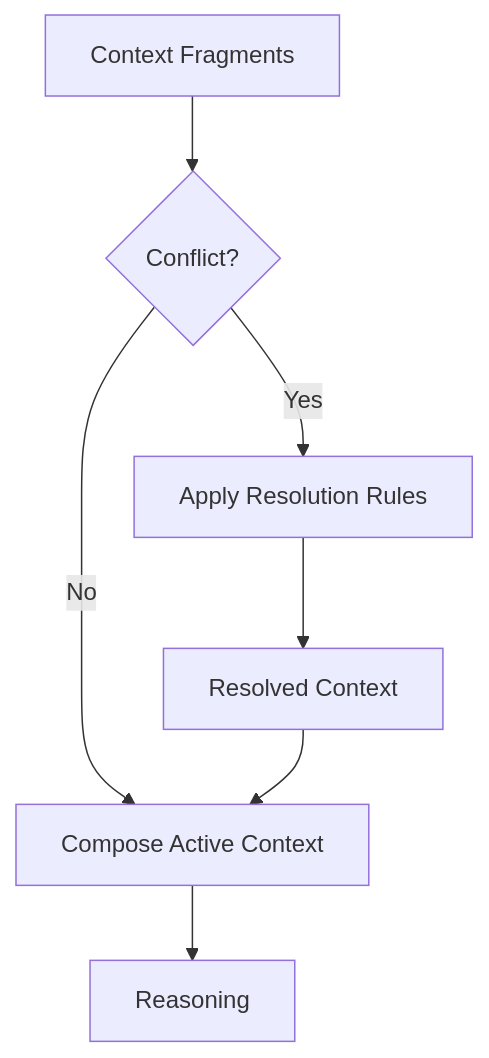
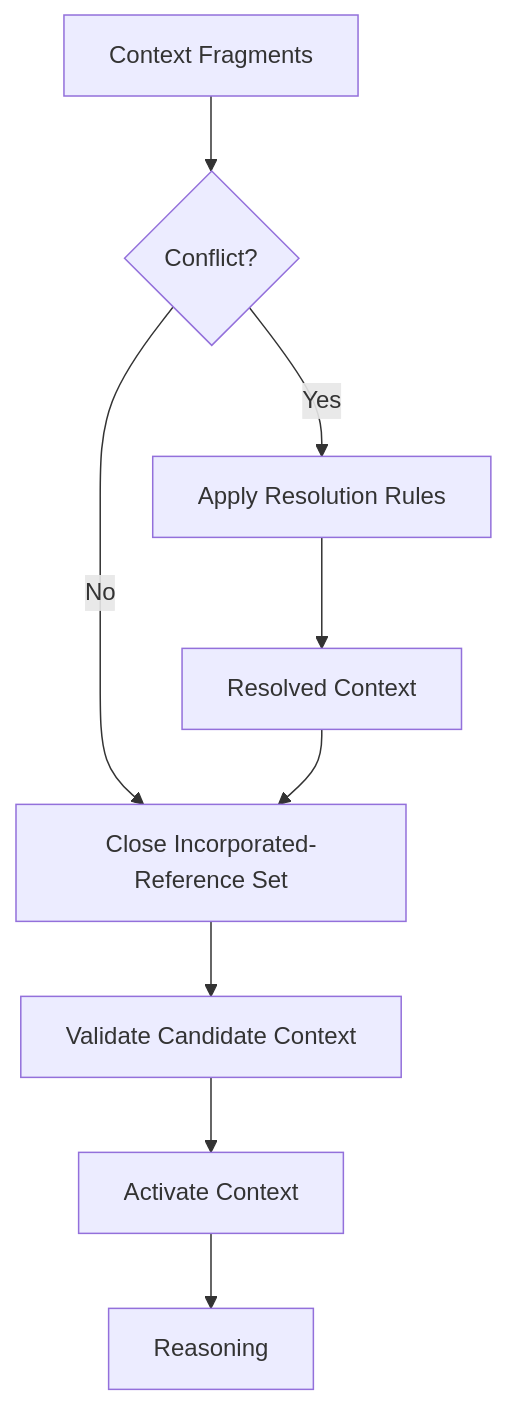
The fifth of 6 diagrams in specifications/concepts/CONCEPT-0003-Context-Model.md (RodLoz/orion), drawn with Mermaid before and after one commit. The commit also changed other lines of this file, not shown here.

Commit message:
docs(concept): align Context Model with active ADR chain

````diff
--- a/specifications/concepts/CONCEPT-0003-Context-Model.md
+++ b/specifications/concepts/CONCEPT-0003-Context-Model.md
@@ -1399,17 +1450,21 @@
 ```mermaid
 flowchart TD
 
 A[Context Fragments]
 
 A --> B{Conflict?}
 
-B -->|No| C[Compose Active Context]
+B -->|No| C[Close Incorporated-Reference Set]
 
 B -->|Yes| D[Apply Resolution Rules]
 
 D --> E[Resolved Context]
 
 E --> C
 
-C --> F[Reasoning]
+C --> F[Validate Candidate Context]
+
+F --> G[Activate Context]
+
+G --> H[Reasoning]
 ```
````
